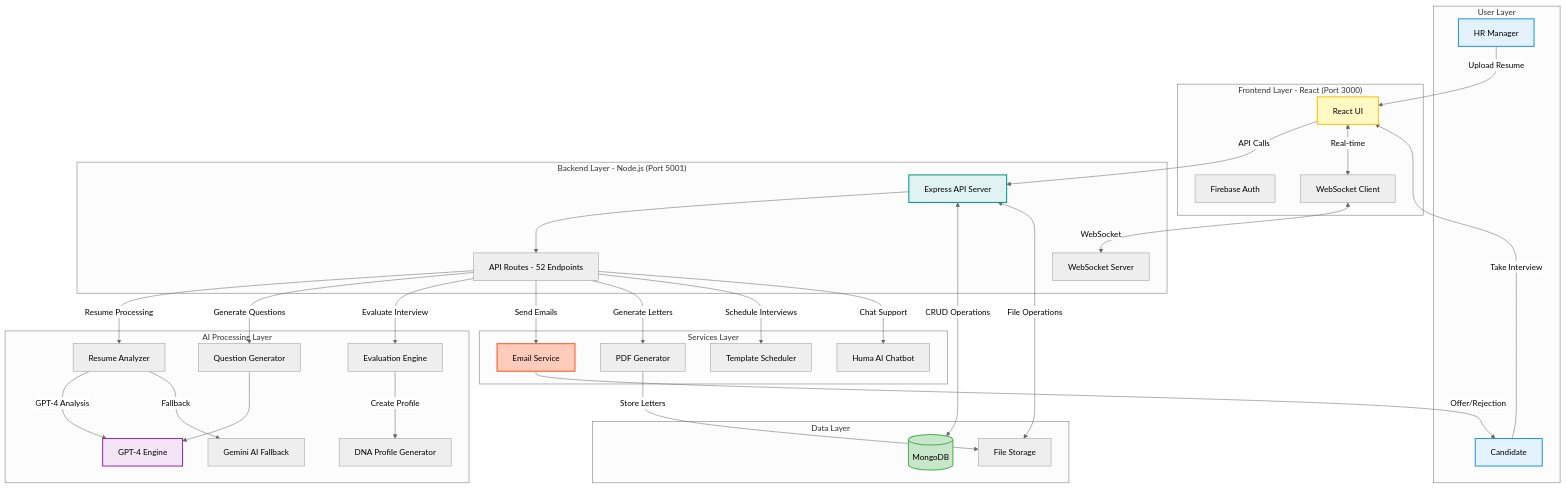
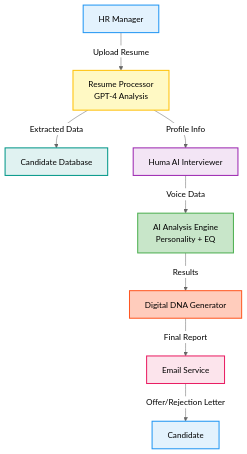
One commit to AbhishekGiri04/HR-GenAI changed the diagram in README.md. Above: the diagram before and after it, drawn with Mermaid (neutral theme). The commit also changed other lines of this file, not shown here.

````diff
--- a/README.md
+++ b/README.md
@@ -275,76 +316,19 @@
 ```mermaid
-graph TB
-    subgraph "User Layer"
-        HR[HR Manager]
-        CAND[Candidate]
-    end
+graph TD
+    A[HR Manager] -->|Upload Resume| B[Resume Processor<br/>GPT-4 Analysis]
+    B -->|Extracted Data| C[Candidate Database]
+    B -->|Profile Info| D[Huma AI Interviewer]
+    D -->|Voice Data| E[AI Analysis Engine<br/>Personality + EQ]
+    E -->|Results| F[Digital DNA Generator]
+    F -->|Final Report| G[Email Service]
+    G -->|Offer/Rejection Letter| H[Candidate]
     
-    subgraph "Frontend Layer - React (Port 3000)"
-        UI[React UI]
-        AUTH[Firebase Auth]
-        WS_CLIENT[WebSocket Client]
-    end
-    
-    subgraph "Backend Layer - Node.js (Port 5001)"
-        API[Express API Server]
-        WS_SERVER[WebSocket Server]
-        ROUTES[API Routes - 52 Endpoints]
-    end
-    
-    subgraph "AI Processing Layer"
-        GPT4[GPT-4 Engine]
-        GEMINI[Gemini AI Fallback]
-        RESUME_AI[Resume Analyzer]
-        QUESTION_GEN[Question Generator]
-        EVAL_ENGINE[Evaluation Engine]
-        DNA_GEN[DNA Profile Generator]
-    end
-    
-    subgraph "Services Layer"
-        EMAIL[Email Service]
-        PDF_GEN[PDF Generator]
-        SCHEDULER[Template Scheduler]
-        HUMA[Huma AI Chatbot]
-    end
-    
-    subgraph "Data Layer"
-        MONGO[(MongoDB)]
-        UPLOADS[File Storage]
-    end
-    
-    HR -->|Upload Resume| UI
-    CAND -->|Take Interview| UI
-    UI -->|API Calls| API
-    UI <-->|Real-time| WS_CLIENT
-    WS_CLIENT <-->|WebSocket| WS_SERVER
-    
-    API --> ROUTES
-    ROUTES -->|Resume Processing| RESUME_AI
-    RESUME_AI -->|GPT-4 Analysis| GPT4
-    RESUME_AI -->|Fallback| GEMINI
-    
-    ROUTES -->|Generate Questions| QUESTION_GEN
-    QUESTION_GEN --> GPT4
-    
-    ROUTES -->|Evaluate Interview| EVAL_ENGINE
-    EVAL_ENGINE -->|Create Profile| DNA_GEN
-    
-    ROUTES -->|Send Emails| EMAIL
-    ROUTES -->|Generate Letters| PDF_GEN
-    ROUTES -->|Schedule Interviews| SCHEDULER
-    ROUTES -->|Chat Support| HUMA
-    
-    API <-->|CRUD Operations| MONGO
-    API <-->|File Operations| UPLOADS
-    
-    EMAIL -->|Offer/Rejection| CAND
-    PDF_GEN -->|Store Letters| UPLOADS
-    
-    style HR fill:#E3F2FD,stroke:#2196F3,stroke-width:2px
-    style CAND fill:#E3F2FD,stroke:#2196F3,stroke-width:2px
-    style UI fill:#FFF9C4,stroke:#FFC107,stroke-width:2px
-    style API fill:#E0F2F1,stroke:#009688,stroke-width:2px
-    style GPT4 fill:#F3E5F5,stroke:#9C27B0,stroke-width:2px
-    style MONGO fill:#C8E6C9,stroke:#4CAF50,stroke-width:2px
-    style EMAIL fill:#FFCCBC,stroke:#FF5722,stroke-width:2px
+    style A fill:#E3F2FD,stroke:#2196F3,stroke-width:2px
+    style B fill:#FFF9C4,stroke:#FFC107,stroke-width:2px
+    style C fill:#E0F2F1,stroke:#009688,stroke-width:2px
+    style D fill:#F3E5F5,stroke:#9C27B0,stroke-width:2px
+    style E fill:#C8E6C9,stroke:#4CAF50,stroke-width:2px
+    style F fill:#FFCCBC,stroke:#FF5722,stroke-width:2px
+    style G fill:#FCE4EC,stroke:#E91E63,stroke-width:2px
+    style H fill:#E3F2FD,stroke:#2196F3,stroke-width:2px
 ```
````
